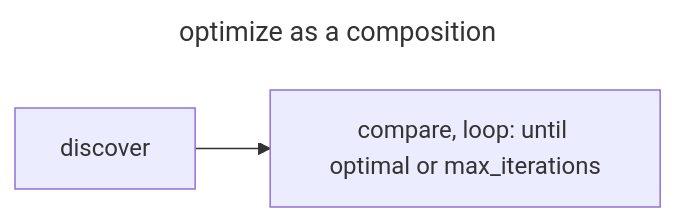
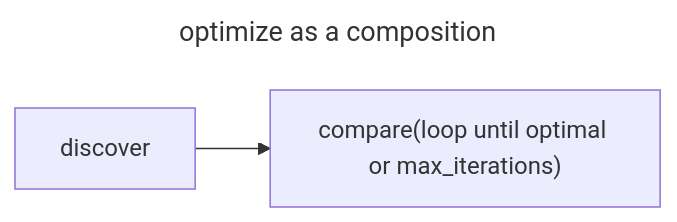
Before and after one commit to synaptiai/agent-capability-standard: the third of 13 diagrams in docs/methodology/REJECTED_CANDIDATES.md, drawn with Mermaid. The commit also changed 4 other files, not shown here.

First line of the commit message:
docs: name capabilities in diagram boxes as capability(args)

````diff
--- a/docs/methodology/REJECTED_CANDIDATES.md
+++ b/docs/methodology/REJECTED_CANDIDATES.md
@@ -117,8 +117,8 @@
 ```mermaid
 ---
 title: optimize as a composition
 ---
 flowchart LR
   accDescr: optimize runs discover and then compare, and the compare step loops until the result is optimal or max_iterations is reached.
-  discover --> compare["compare, loop: until optimal or max_iterations"]
+  discover --> compare["compare(loop until optimal or max_iterations)"]
 ```
````
